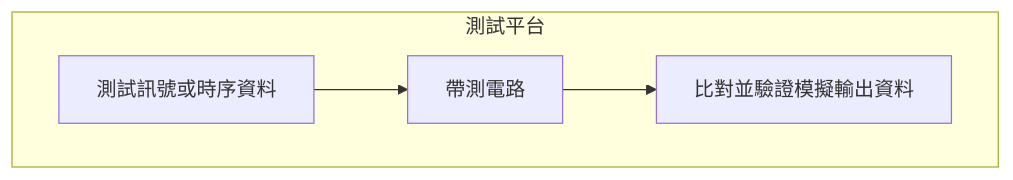
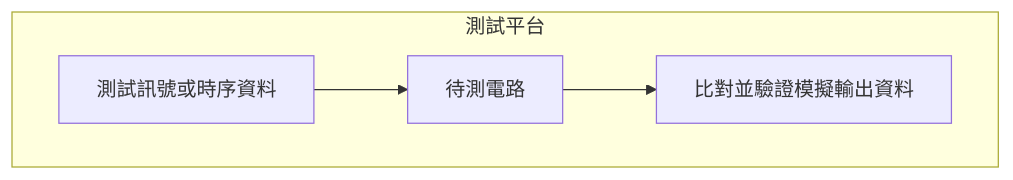
Before and after one commit to Multimedia-Processing/Digital-Logic-Design: the fourth of 4 diagrams in docs/1-硬體描述語言/2-數位電路設計流程.md, drawn with Mermaid. The commit also changed other lines of this file, not shown here.

````diff
--- a/docs/1-硬體描述語言/2-數位電路設計流程.md
+++ b/docs/1-硬體描述語言/2-數位電路設計流程.md
@@ -88,9 +88,9 @@
 ```mermaid
 graph TD
 
   subgraph "測試平台"
   1["測試訊號或時序資料"]
-  1 --> 2["帶測電路"]
+  1 --> 2["待測電路"]
   2 --> 3["比對並驗證模擬輸出資料"]
   end
 ```
````
